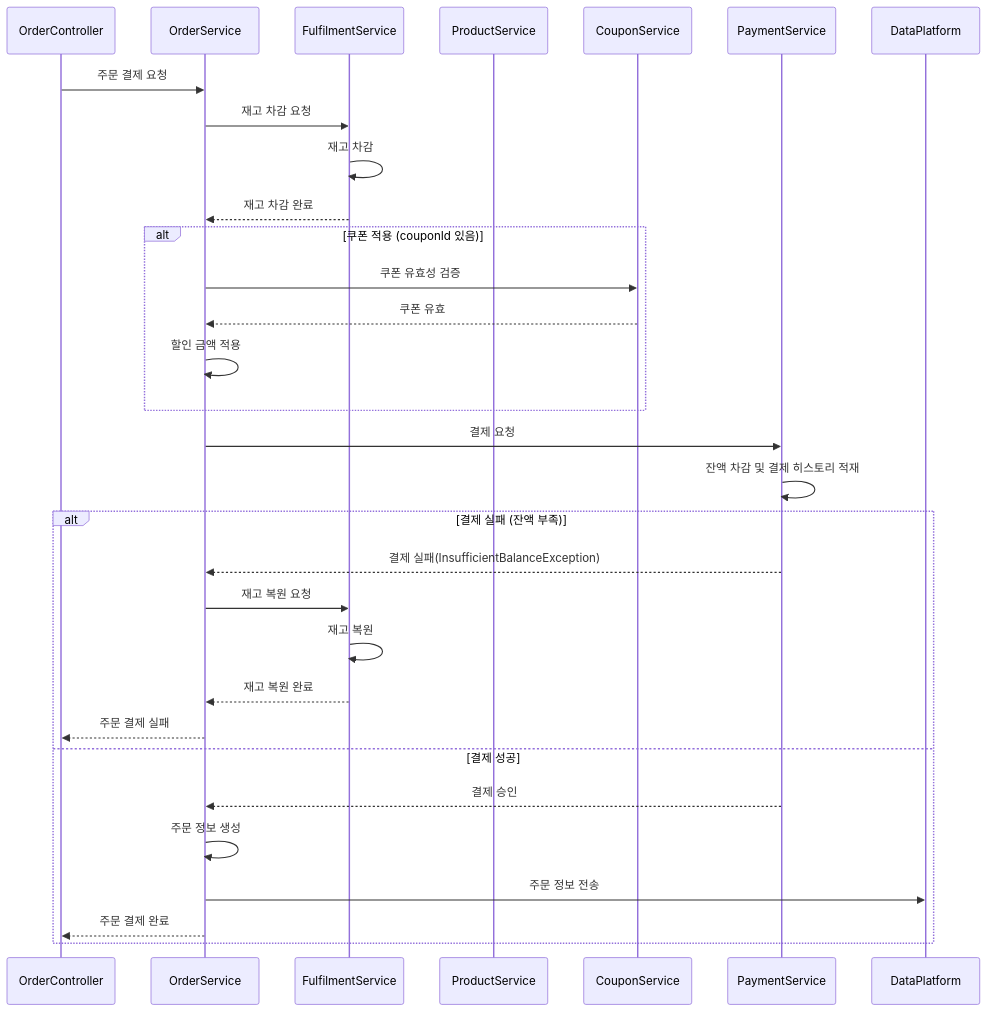
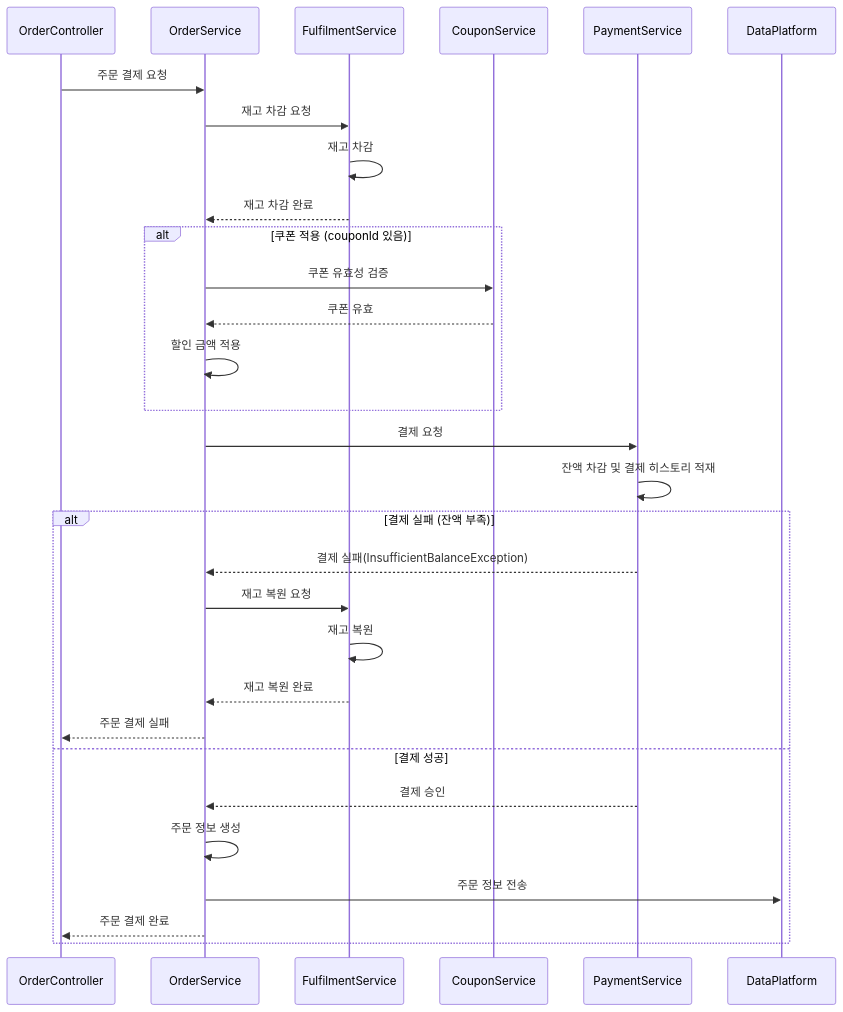
Before and after one commit to gittykittylab/growkitty-backend-server: the diagram in docs/sequence_diagram/order/order-payment.md, drawn with Mermaid.

Commit message:
docs: order-payment.md 파일 수정

````diff
--- a/docs/sequence_diagram/order/order-payment.md
+++ b/docs/sequence_diagram/order/order-payment.md
@@ -1,42 +1,42 @@
 ```mermaid
 ---
 config:
   theme: default
 ---
 sequenceDiagram
   participant OrderController as OrderController
   participant OrderService as OrderService
   participant FulfilmentService as FulfilmentService
-  participant ProductService
+%%   participant ProductService
   participant CouponService
   participant PaymentService as PaymentService
   participant DataPlatform as DataPlatform
 
   OrderController ->> OrderService: 주문 결제 요청
   OrderService ->> FulfilmentService: 재고 차감 요청
   FulfilmentService ->> FulfilmentService: 재고 차감
   FulfilmentService -->> OrderService: 재고 차감 완료
 
   alt 쿠폰 적용 (couponId 있음)
     OrderService ->> CouponService: 쿠폰 유효성 검증
     CouponService -->> OrderService: 쿠폰 유효
     OrderService ->> OrderService: 할인 금액 적용
   end
 
   OrderService ->> PaymentService: 결제 요청
   PaymentService ->> PaymentService: 잔액 차감 및 결제 히스토리 적재
 
   alt 결제 실패 (잔액 부족)
     PaymentService -->> OrderService: 결제 실패(InsufficientBalanceException)
     OrderService ->> FulfilmentService: 재고 복원 요청
     FulfilmentService ->> FulfilmentService: 재고 복원
     FulfilmentService -->> OrderService: 재고 복원 완료
     OrderService -->> OrderController: 주문 결제 실패
   else 결제 성공
     PaymentService -->> OrderService: 결제 승인
     OrderService ->> OrderService: 주문 정보 생성
     OrderService ->> DataPlatform: 주문 정보 전송
     OrderService -->> OrderController: 주문 결제 완료
   end
 
 ```
````
